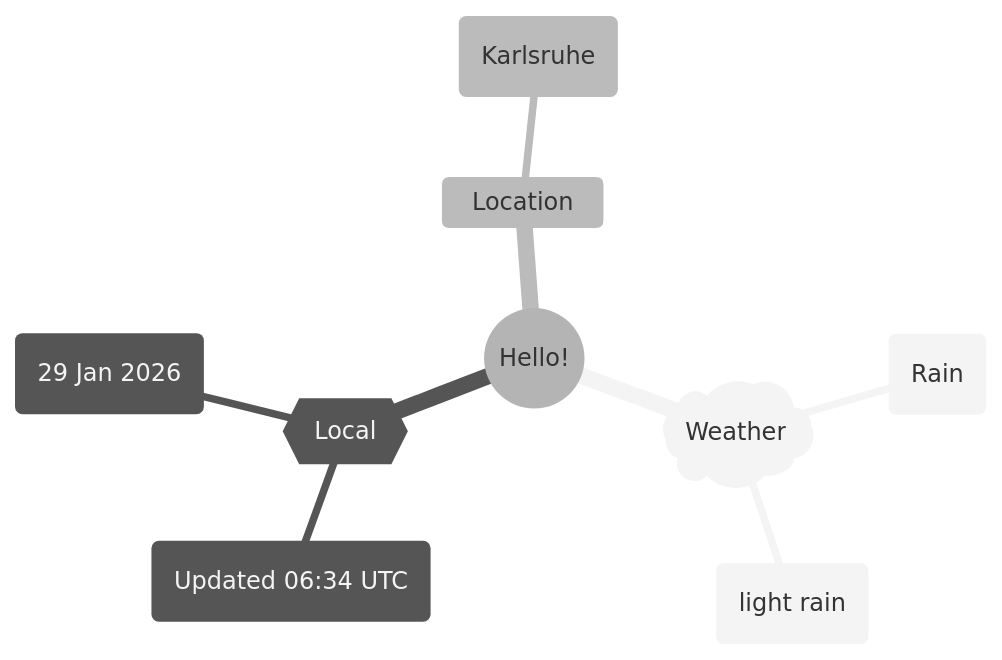
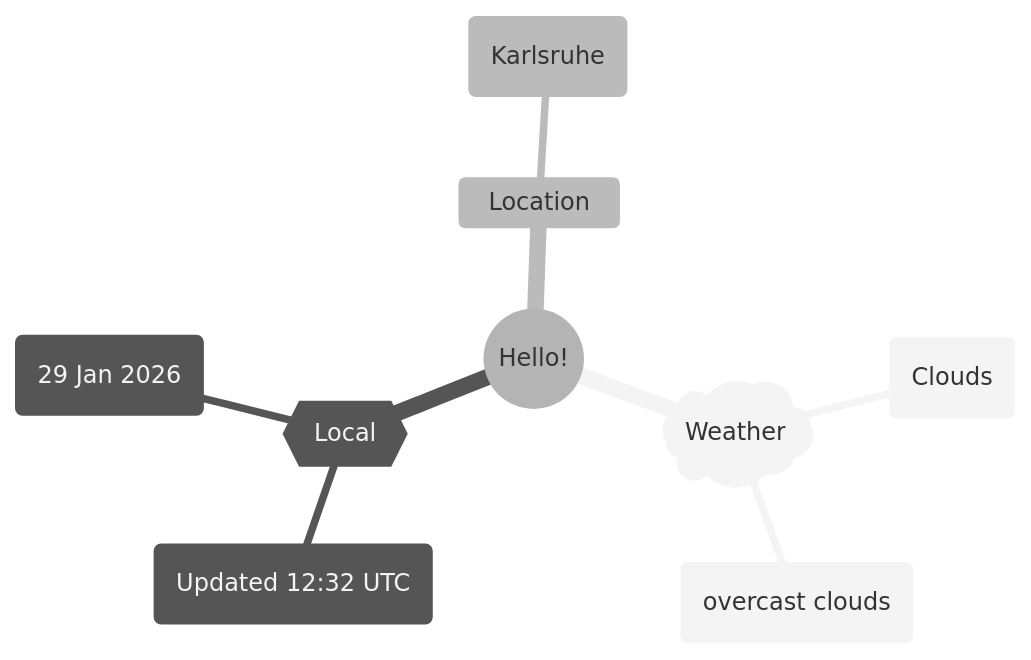
Before and after one commit to Xosrov/Xosrov: the first of 2 diagrams in README.md, drawn with Mermaid (neutral theme).

Commit message:
[bot] updated images

````diff
--- a/README.md
+++ b/README.md
@@ -3,12 +3,12 @@
 ```mermaid
 mindmap
   root((Hello!))
     )Weather(
-        (Rain)
-        (light rain)
+        (Clouds)
+        (overcast clouds)
     {{Local}}
-        (Updated 06:34 UTC)
+        (Updated 12:32 UTC)
         (29 Jan 2026)
     Location
         (Karlsruhe)
 ```
````
